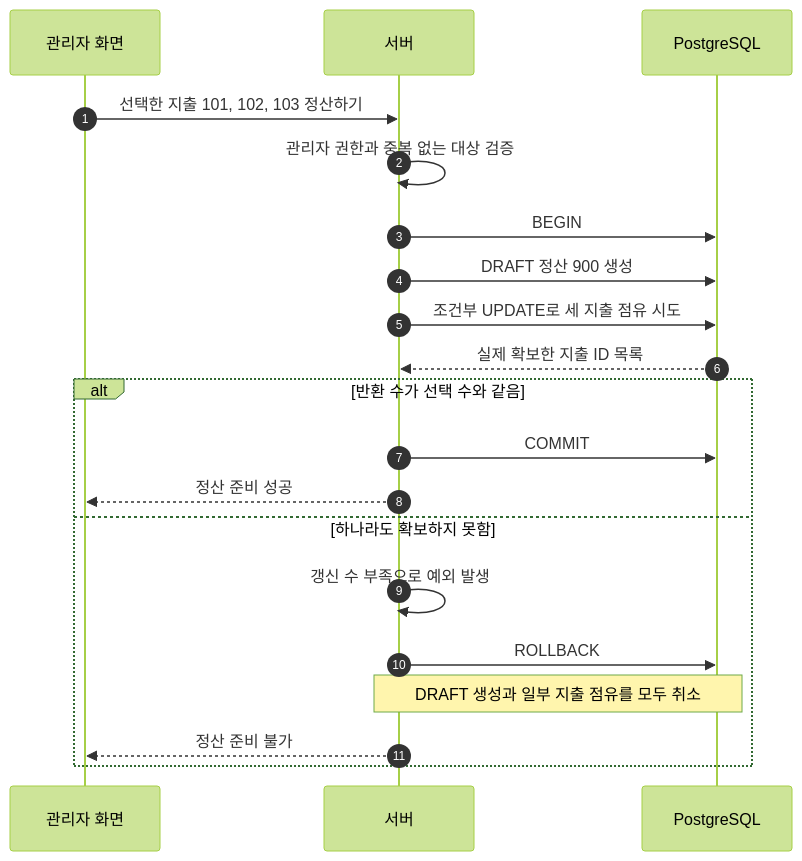
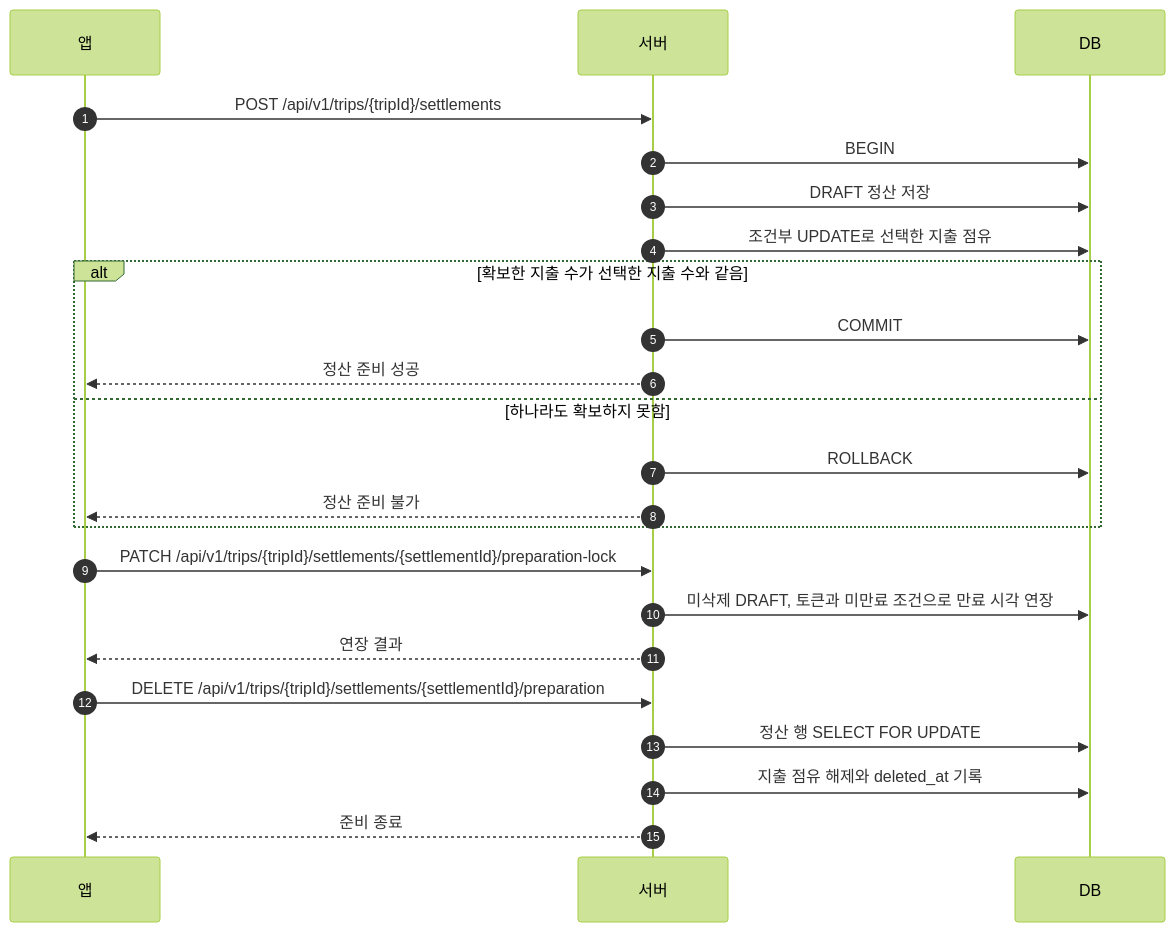
One commit to JECT-Study/Billit-5th-Docs changed the first of 3 diagrams in design/settlement.md. Above: the diagram before and after it, drawn with Mermaid (forest theme). The commit also changed other lines of this file, not shown here.

````diff
--- a/design/settlement.md
+++ b/design/settlement.md
@@ -255,22 +39,26 @@
 ```mermaid
 sequenceDiagram
     autonumber
-    participant App as 관리자 화면
+    participant App as 앱
     participant Server as 서버
-    participant DB as PostgreSQL
-    App->>Server: 선택한 지출 101, 102, 103 정산하기
-    Server->>Server: 관리자 권한과 중복 없는 대상 검증
+    participant DB as DB
+
+    App->>Server: POST /api/v1/trips/{tripId}/settlements
     Server->>DB: BEGIN
-    Server->>DB: DRAFT 정산 900 생성
-    Server->>DB: 조건부 UPDATE로 세 지출 점유 시도
-    DB-->>Server: 실제 확보한 지출 ID 목록
-    alt 반환 수가 선택 수와 같음
+    Server->>DB: DRAFT 정산 저장
+    Server->>DB: 조건부 UPDATE로 선택한 지출 점유
+    alt 확보한 지출 수가 선택한 지출 수와 같음
         Server->>DB: COMMIT
         Server-->>App: 정산 준비 성공
     else 하나라도 확보하지 못함
-        Server->>Server: 갱신 수 부족으로 예외 발생
         Server->>DB: ROLLBACK
-        Note over Server,DB: DRAFT 생성과 일부 지출 점유를 모두 취소
         Server-->>App: 정산 준비 불가
     end
+    App->>Server: PATCH /api/v1/trips/{tripId}/settlements/{settlementId}/preparation-lock
+    Server->>DB: 미삭제 DRAFT, 토큰과 미만료 조건으로 만료 시각 연장
+    Server-->>App: 연장 결과
+    App->>Server: DELETE /api/v1/trips/{tripId}/settlements/{settlementId}/preparation
+    Server->>DB: 정산 행 SELECT FOR UPDATE
+    Server->>DB: 지출 점유 해제와 deleted_at 기록
+    Server-->>App: 준비 종료
 ```
````
